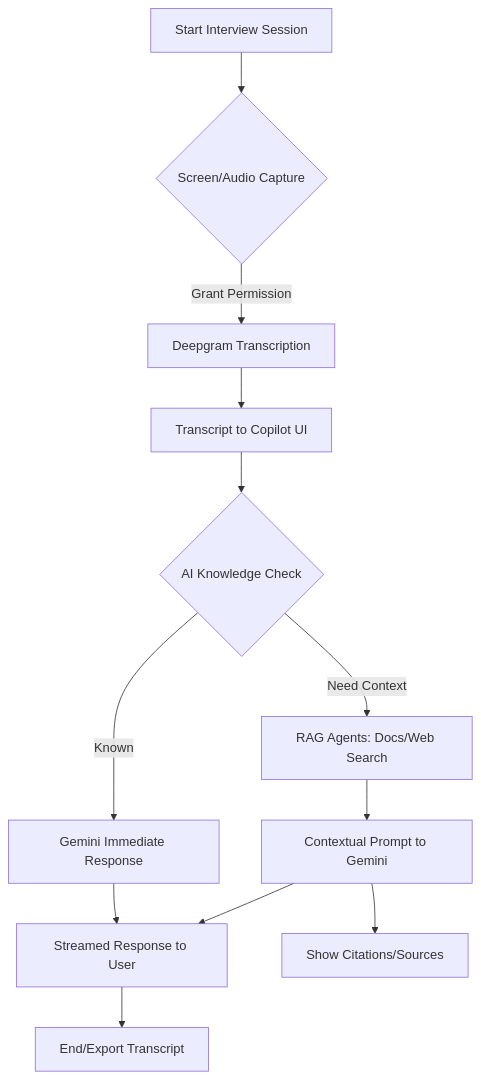
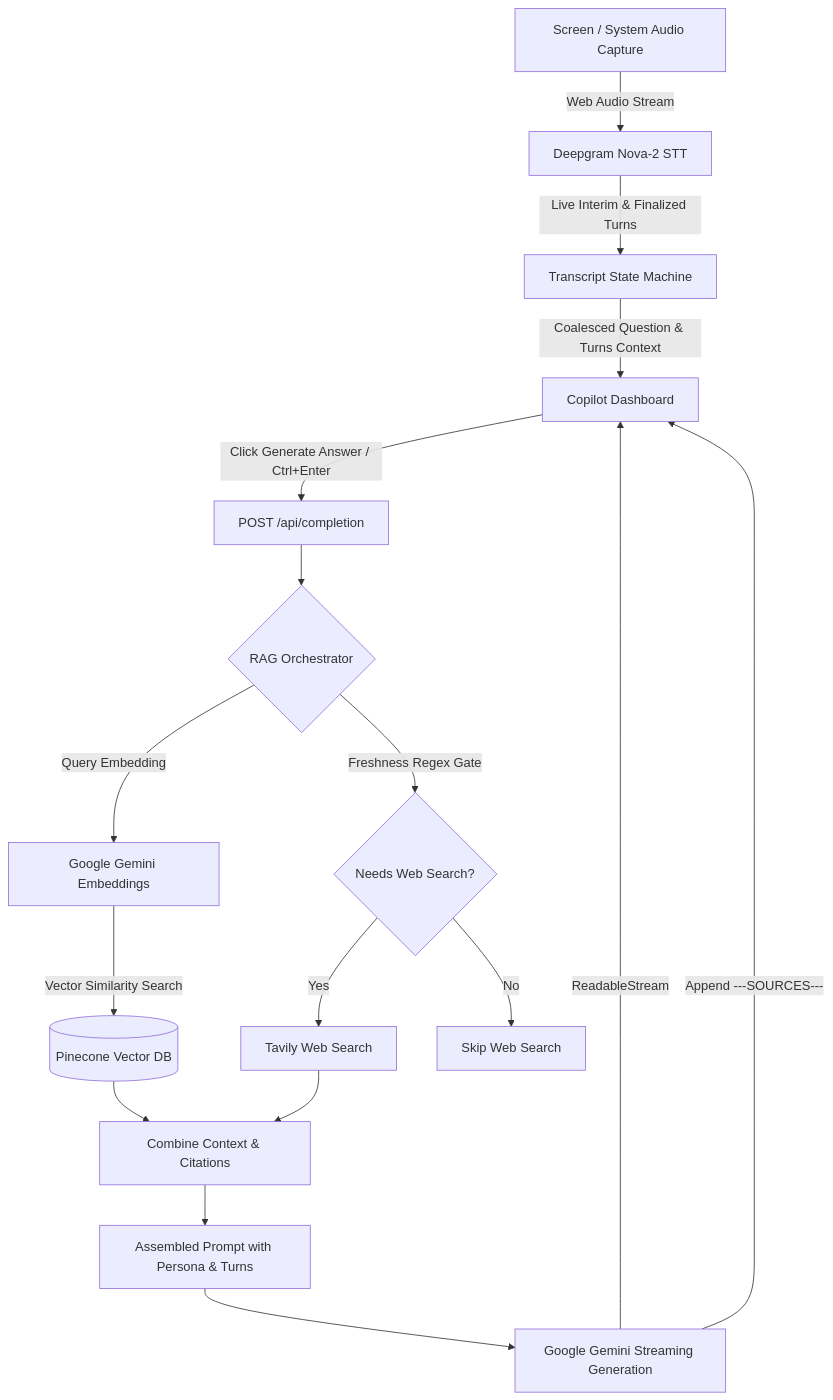
Before and after one commit to abhishekj44/AI-Assistant: the diagram in README.md, drawn with Mermaid. The commit also changed other lines of this file and 3 other files, not shown here.

````diff
--- a/README.md
+++ b/README.md
@@ -95,13 +56,22 @@
 ```mermaid
 flowchart TD
-    A[Start Interview Session] --> B{Screen/Audio Capture}
-    B -->|Grant Permission| C[Deepgram Transcription]
-    C --> D[Transcript to Copilot UI]
-    D --> E{AI Knowledge Check}
-    E -- Known --> F[Gemini Immediate Response]
-    E -- Need Context --> G[RAG Agents: Docs/Web Search]
-    G --> H[Contextual Prompt to Gemini]
-    F & H --> I[Streamed Response to User]
-    H --> J[Show Citations/Sources]
-    I --> K[End/Export Transcript]
+    A[Screen / System Audio Capture] -->|Web Audio Stream| B[Deepgram Nova-2 STT]
+    B -->|Live Interim & Finalized Turns| C[Transcript State Machine]
+    C -->|Coalesced Question & Turns Context| D[Copilot Dashboard]
+    
+    D -->|Click Generate Answer / Ctrl+Enter| E[POST /api/completion]
+    
+    E --> F{RAG Orchestrator}
+    F -->|Query Embedding| G[Google Gemini Embeddings]
+    G -->|Vector Similarity Search| H[(Pinecone Vector DB)]
+    F -->|Freshness Regex Gate| I{Needs Web Search?}
+    I -- Yes --> J[Tavily Web Search]
+    I -- No --> K[Skip Web Search]
+    
+    H & J --> L[Combine Context & Citations]
+    L --> M[Assembled Prompt with Persona & Turns]
+    M --> N[Google Gemini Streaming Generation]
+    
+    N -->|ReadableStream| D
+    N -->|Append ---SOURCES---| D
 ```
````
